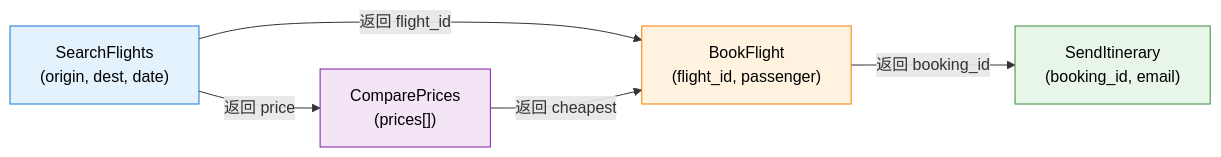
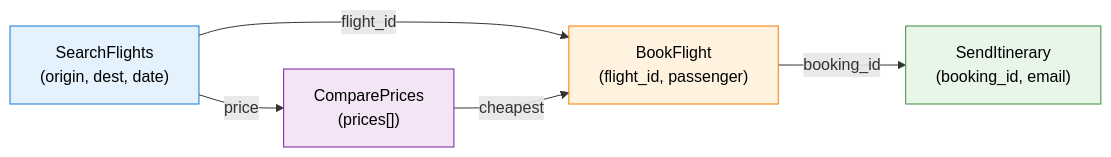
One commit to letslego/hands-on-modern-rl changed the third of 4 diagrams in docs/chapter10_agentic_rl/trajectory-synthesis.md. Above: the diagram before and after it, drawn with Mermaid. The commit also changed other lines of this file and 267 other files, not shown here.

````diff
--- a/docs/chapter10_agentic_rl/trajectory-synthesis.md
+++ b/docs/chapter10_agentic_rl/trajectory-synthesis.md
@@ -103,12 +103,12 @@
 ```mermaid
 flowchart LR
-    S["SearchFlights\n(origin, dest, date)"] -->|"返回 flight_id"| B["BookFlight\n(flight_id, passenger)"]
-    S -->|"返回 price"| C["ComparePrices\n(prices[])"]
-    B -->|"返回 booking_id"| D["SendItinerary\n(booking_id, email)"]
-    C -->|"返回 cheapest"| B
+    S["SearchFlights\n(origin, dest, date)"] -->|" flight_id"| B["BookFlight\n(flight_id, passenger)"]
+    S -->|" price"| C["ComparePrices\n(prices[])"]
+    B -->|" booking_id"| D["SendItinerary\n(booking_id, email)"]
+    C -->|" cheapest"| B
 
     style S fill:#e3f2fd,stroke:#1976d2,color:#000
     style B fill:#fff3e0,stroke:#f57c00,color:#000
     style C fill:#f3e5f5,stroke:#7b1fa2,color:#000
     style D fill:#e8f5e9,stroke:#388e3c,color:#000
 ```
````
